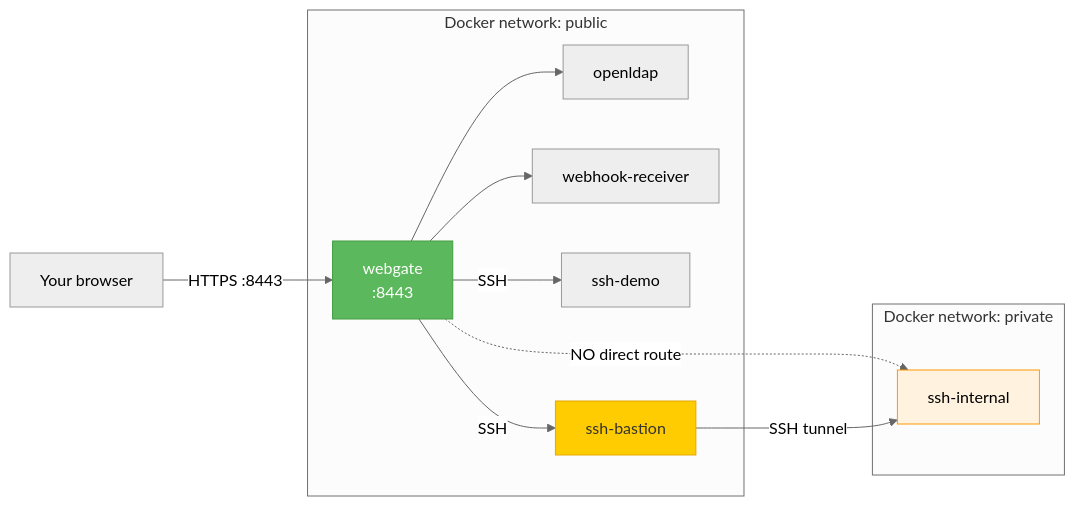
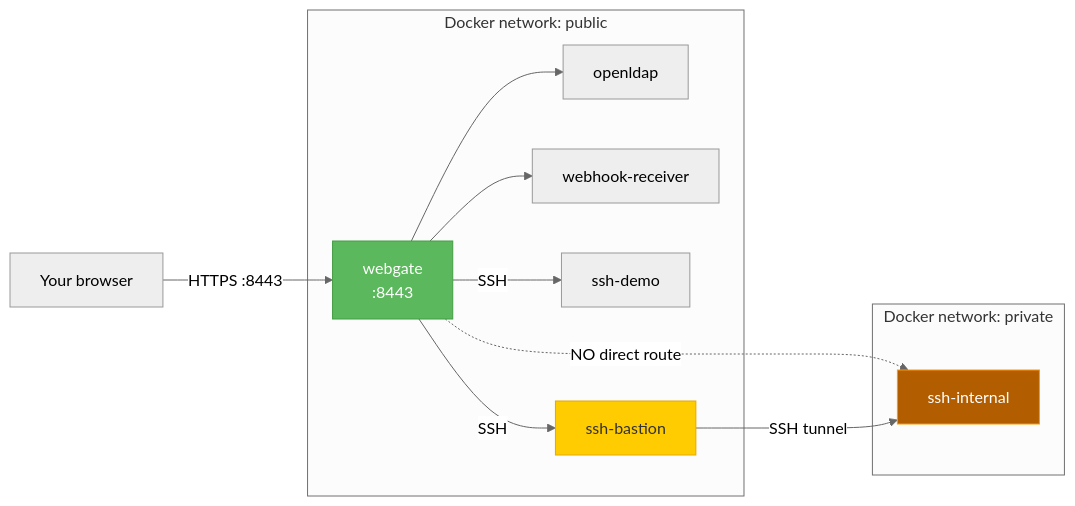
One commit to kalexnolasco/webgate changed the diagram in docs/LOCAL_TESTING.md. Above: the diagram before and after it, drawn with Mermaid (neutral theme). The commit also changed 26 other files, not shown here.

````diff
--- a/docs/LOCAL_TESTING.md
+++ b/docs/LOCAL_TESTING.md
@@ -36,24 +36,24 @@
 ```mermaid
 flowchart LR
     U["Your browser"]
     subgraph public ["Docker network: public"]
         WG["webgate<br/>:8443"]
         LDAP["openldap"]
         HOOK["webhook-receiver"]
         D["ssh-demo"]
         B["ssh-bastion"]
     end
     subgraph private ["Docker network: private"]
         I["ssh-internal"]
     end
     U -- HTTPS :8443 --> WG
     WG --> LDAP
     WG --> HOOK
     WG -- SSH --> D
     WG -- SSH --> B
     WG -. "NO direct route" .-> I
     B -- SSH tunnel --> I
     style WG fill:#5cb85c,stroke:#449d44,color:#fff
     style B fill:#ffcc02,stroke:#e6a800,color:#333
-    style I fill:#fff3e0,stroke:#ff9800
+    style I fill:#b25e00,stroke:#ff9800,color:#fff
 ```
````
